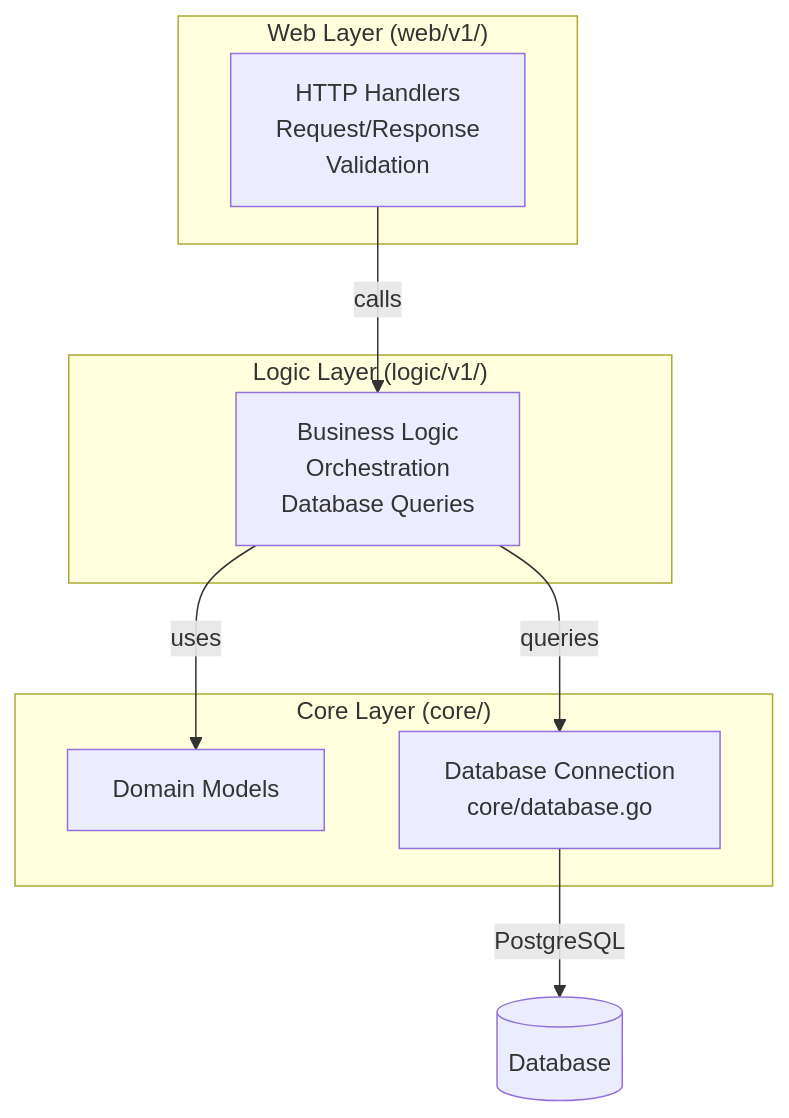
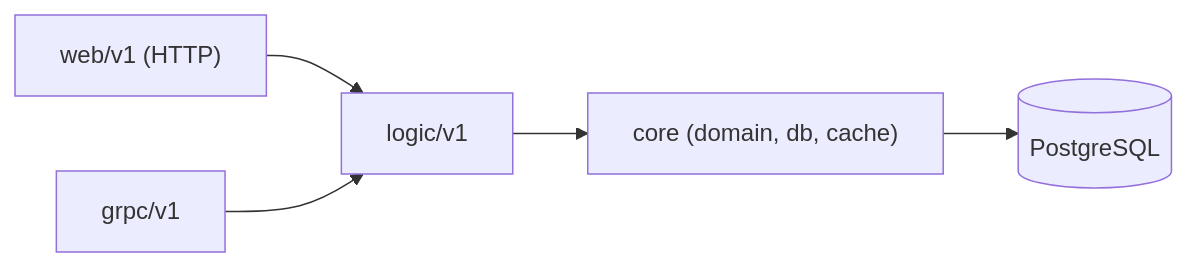
The diagram in AGENTS.md (duynhlab/homelab), drawn with Mermaid before and after one commit. The commit also changed other lines of this file and 2 other files, not shown here.

````diff
--- a/AGENTS.md
+++ b/AGENTS.md
@@ -159,20 +71,7 @@
 ```mermaid
-flowchart TD
-    subgraph Web["Web Layer (web/v1/)"]
-        Handler[HTTP Handlers<br/>Request/Response<br/>Validation]
-    end
-    
-    subgraph Logic["Logic Layer (logic/v1/)"]
-        Service[Business Logic<br/>Orchestration<br/>Database Queries]
-    end
-    
-    subgraph Core["Core Layer (core/)"]
-        Domain[Domain Models]
-        Database[Database Connection<br/>core/database.go]
-    end
-    
-    Handler -->|calls| Service
-    Service -->|uses| Domain
-    Service -->|queries| Database
-    Database -->|PostgreSQL| DB[(Database)]
+flowchart LR
+    Web["web/v1 (HTTP)"] --> Logic["logic/v1"]
+    gRPC["grpc/v1"] --> Logic
+    Logic --> Core["core (domain, db, cache)"]
+    Core --> DB[(PostgreSQL)]
 ```
````
